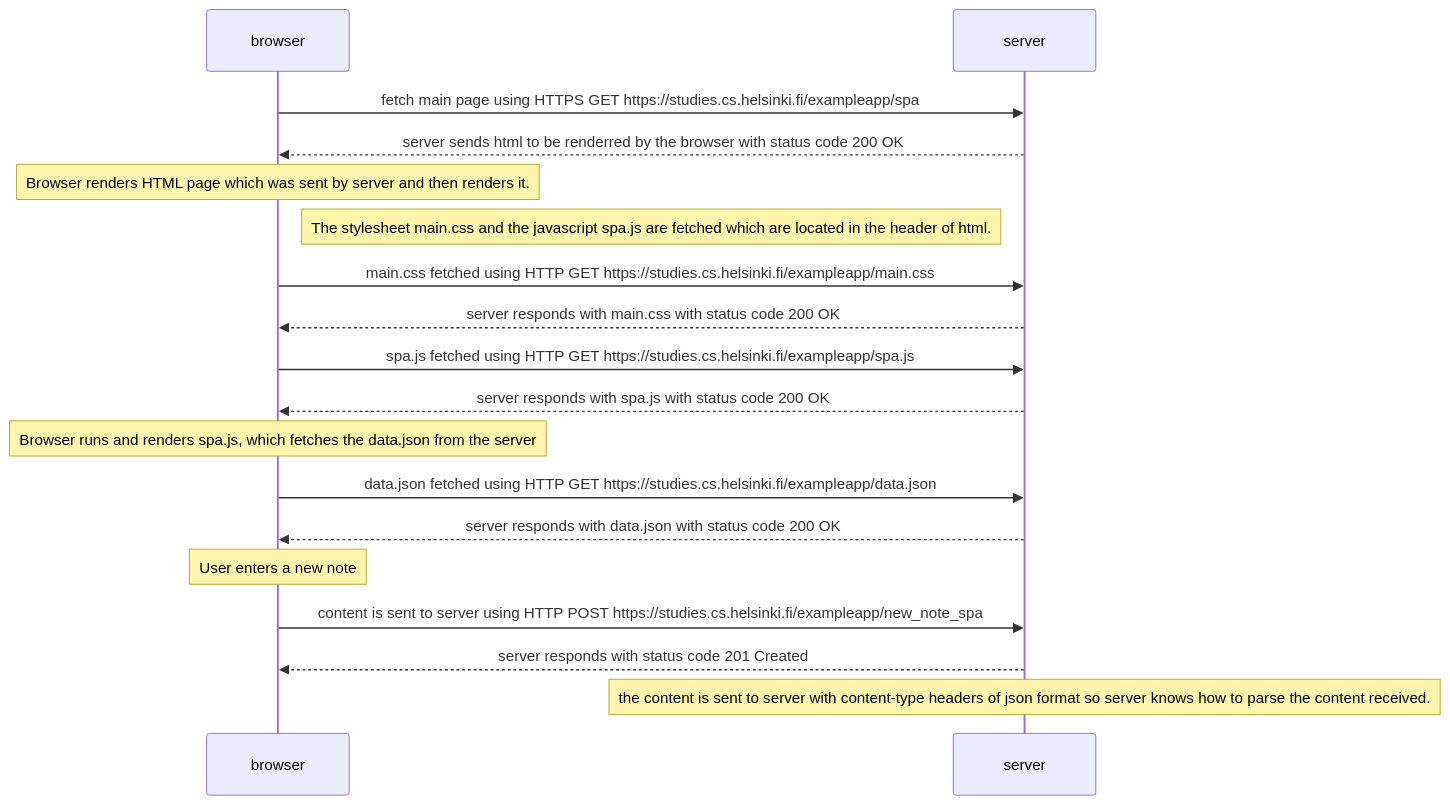
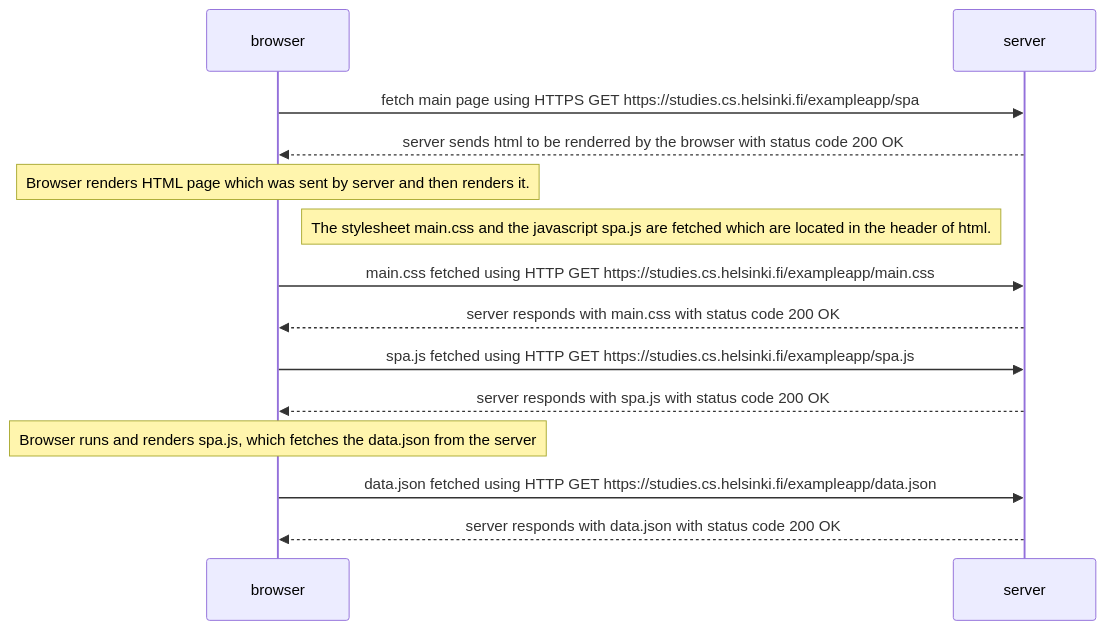
The diagram in part0/single-page-app-diagram.md (shayanahmedk/FullStackOpen-Course), drawn with Mermaid before and after one commit. The commit also changed 1 other file, not shown here.

Commit message:
edited single-page-app-diagram.md and created/coded new-note-spa-diagram.md

````diff
--- a/part0/single-page-app-diagram.md
+++ b/part0/single-page-app-diagram.md
@@ -5,25 +5,21 @@
 ```mermaid
 sequenceDiagram
     participant browser
     participant server
 
     browser->>server: fetch main page using HTTPS GET https://studies.cs.helsinki.fi/exampleapp/spa
     server-->>browser: server sends html to be renderred by the browser with status code 200 OK
     NOTE over browser: Browser renders HTML page which was sent by server and then renders it.
     NOTE right of browser: The stylesheet main.css and the javascript spa.js are fetched which are located in the header of html.
 
     browser->>server: main.css fetched using HTTP GET https://studies.cs.helsinki.fi/exampleapp/main.css
     server-->>browser: server responds with main.css with status code 200 OK
 
     browser->>server: spa.js fetched using HTTP GET https://studies.cs.helsinki.fi/exampleapp/spa.js
     server-->>browser: server responds with spa.js with status code 200 OK
 
     NOTE over browser: Browser runs and renders spa.js, which fetches the data.json from the server
     browser->>server: data.json fetched using HTTP GET https://studies.cs.helsinki.fi/exampleapp/data.json
     server-->>browser: server responds with data.json with status code 200 OK
 
-    NOTE over browser: User enters a new note
-    browser->>server: content is sent to server using HTTP POST https://studies.cs.helsinki.fi/exampleapp/new_note_spa
-    server-->>browser: server responds with status code 201 Created
-    NOTE over server: the content is sent to server with content-type headers of json format so server knows how to parse the content received.
 ```
````
